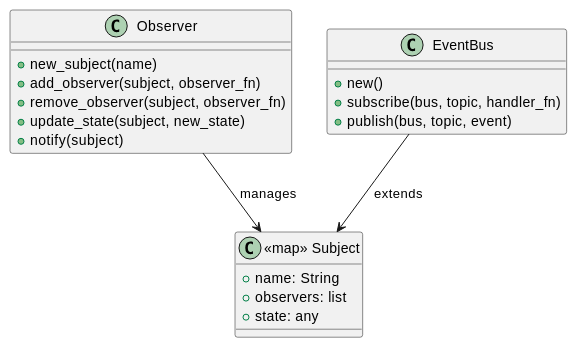
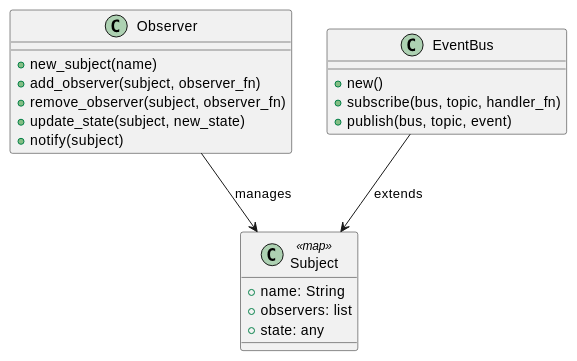
The diagram in docs/article/elixir/06-observer.md (k2works/getting-started-design-pattern), drawn with PlantUML before and after one commit. The commit also changed 73 other files, not shown here.

Commit message:
docs(article): PlantUML 表記と記事ナビゲーションを整理

````diff
--- a/docs/article/elixir/06-observer.md
+++ b/docs/article/elixir/06-observer.md
@@ -9,26 +9,26 @@
 ```plantuml
 @startuml
 class "Observer" as O {
   + new_subject(name)
   + add_observer(subject, observer_fn)
   + remove_observer(subject, observer_fn)
   + update_state(subject, new_state)
   + notify(subject)
 }
 
-class "<<map>> Subject" as S {
+class "Subject" as S <<map>> {
   + name: String
   + observers: list
   + state: any
 }
 
 class "EventBus" as EB {
   + new()
   + subscribe(bus, topic, handler_fn)
   + publish(bus, topic, event)
 }
 
 O --> S : manages
 EB --> S : extends
 @enduml
 ```
````
